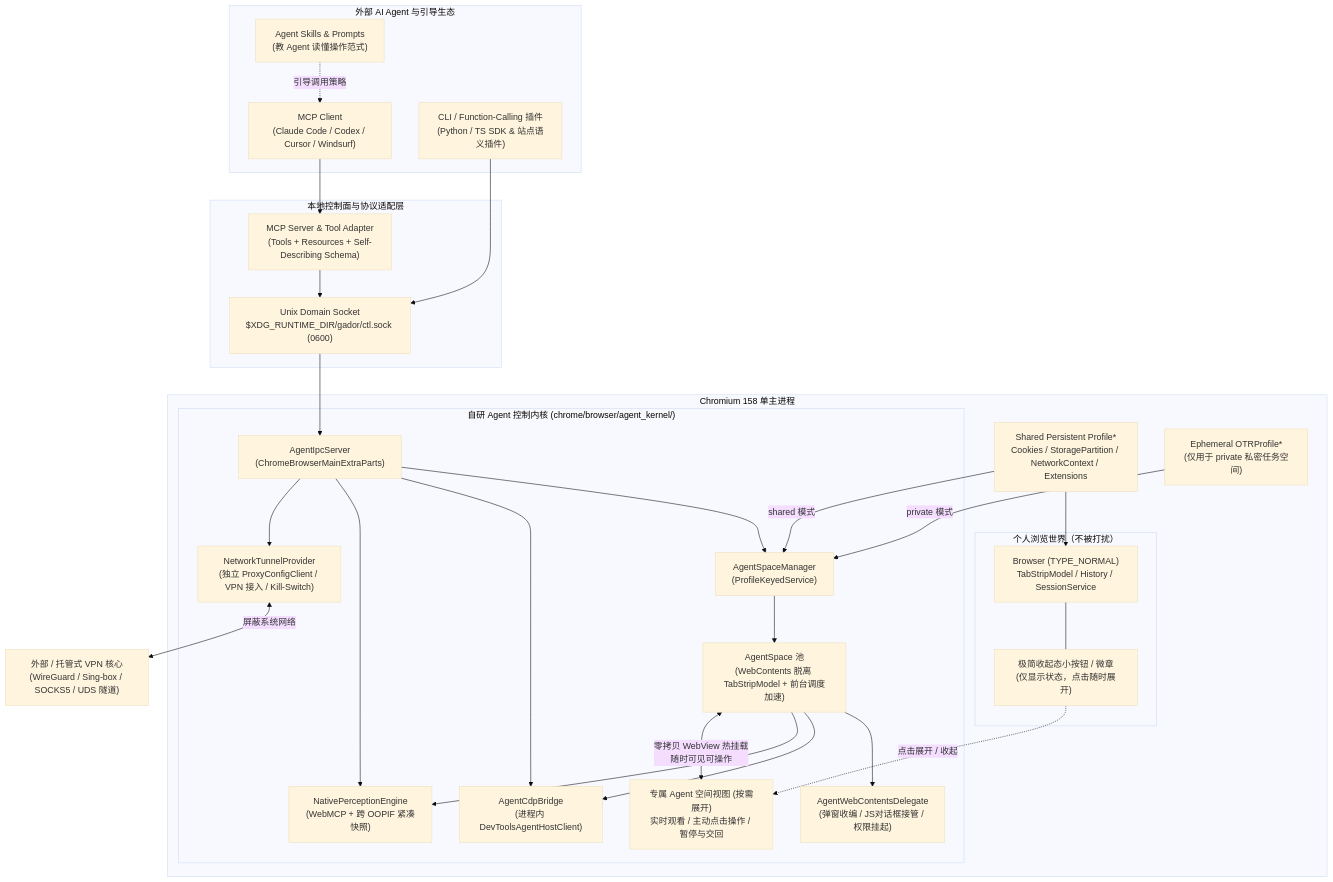
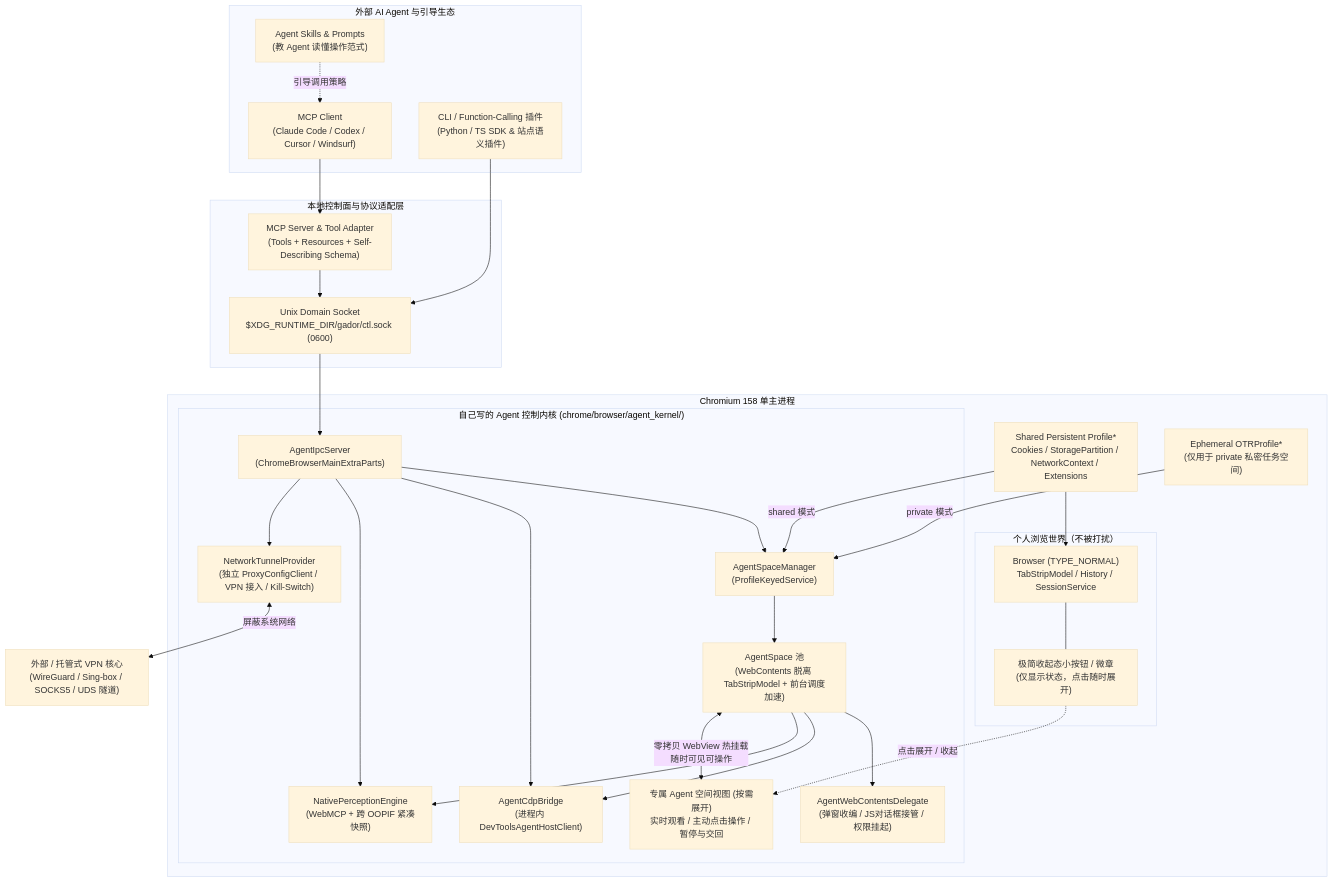
Before and after one commit to gadin0758/gador: the diagram in docs/architecture.md, drawn with Mermaid (base theme). The commit also changed other lines of this file and 2 other files, not shown here.

Commit message:
docs: replace '自研' phrasing with plain wording and update architecture intro

````diff
--- a/docs/architecture.md
+++ b/docs/architecture.md
@@ -51,60 +51,60 @@
 ```mermaid
 flowchart TB
     subgraph Clients["外部 AI Agent 与引导生态"]
         MCP["MCP Client<br/>(Claude Code / Codex / Cursor / Windsurf)"]
         Skills["Agent Skills & Prompts<br/>(教 Agent 读懂操作范式)"]
         ToolSDK["CLI / Function-Calling 插件<br/>(Python / TS SDK & 站点语义插件)"]
     end
 
     subgraph ControlPlane["本地控制面与协议适配层"]
         MCPServer["MCP Server & Tool Adapter<br/>(Tools + Resources + Self-Describing Schema)"]
         UDS["Unix Domain Socket<br/>$XDG_RUNTIME_DIR/gador/ctl.sock (0600)"]
     end
 
     subgraph ChromiumProcess["Chromium 158 单主进程"]
         Profile["Shared Persistent Profile*<br/>Cookies / StoragePartition / NetworkContext / Extensions"]
         OTR["Ephemeral OTRProfile*<br/>(仅用于 private 私密任务空间)"]
 
         subgraph PersonalWorld["个人浏览世界（不被打扰）"]
             PersonalBrowser["Browser (TYPE_NORMAL)<br/>TabStripModel / History / SessionService"]
             DockBtn["极简收起态小按钮 / 微章<br/>(仅显示状态，点击随时展开)"]
         end
 
-        subgraph AgentKernel["自研 Agent 控制内核 (chrome/browser/agent_kernel/)"]
+        subgraph AgentKernel["自己写的 Agent 控制内核 (chrome/browser/agent_kernel/)"]
             IPC["AgentIpcServer<br/>(ChromeBrowserMainExtraParts)"]
             Manager["AgentSpaceManager<br/>(ProfileKeyedService)"]
             Spaces["AgentSpace 池<br/>(WebContents 脱离 TabStripModel + 前台调度加速)"]
             Delegate["AgentWebContentsDelegate<br/>(弹窗收编 / JS对话框接管 / 权限挂起)"]
             Bridge["AgentCdpBridge<br/>(进程内 DevToolsAgentHostClient)"]
             Perceive["NativePerceptionEngine<br/>(WebMCP + 跨 OOPIF 紧凑快照)"]
             NetTunnel["NetworkTunnelProvider<br/>(独立 ProxyConfigClient / VPN 接入 / Kill-Switch)"]
             AgentView["专属 Agent 空间视图 (按需展开)<br/>实时观看 / 主动点击操作 / 暂停与交回"]
         end
     end
 
     VPN["外部 / 托管式 VPN 核心<br/>(WireGuard / Sing-box / SOCKS5 / UDS 隧道)"]
 
     MCP --> MCPServer
     Skills -.->|"引导调用策略"| MCP
     ToolSDK --> UDS
     MCPServer --> UDS
     UDS --> IPC
     IPC --> Manager
     IPC --> Bridge
     IPC --> Perceive
     IPC --> NetTunnel
     NetTunnel <-->|"屏蔽系统网络"| VPN
 
     Profile --> PersonalBrowser
     Profile -->|"shared 模式"| Manager
     OTR -->|"private 模式"| Manager
 
     PersonalBrowser --- DockBtn
     DockBtn -.->|"点击展开 / 收起"| AgentView
 
     Manager --> Spaces
     Spaces --> Delegate
     Spaces --> Bridge
     Spaces --> Perceive
     Spaces <-->|"零拷贝 WebView 热挂载<br/>随时可见可操作"| AgentView
 ```
````
